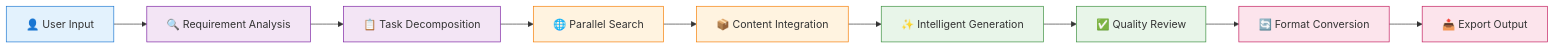
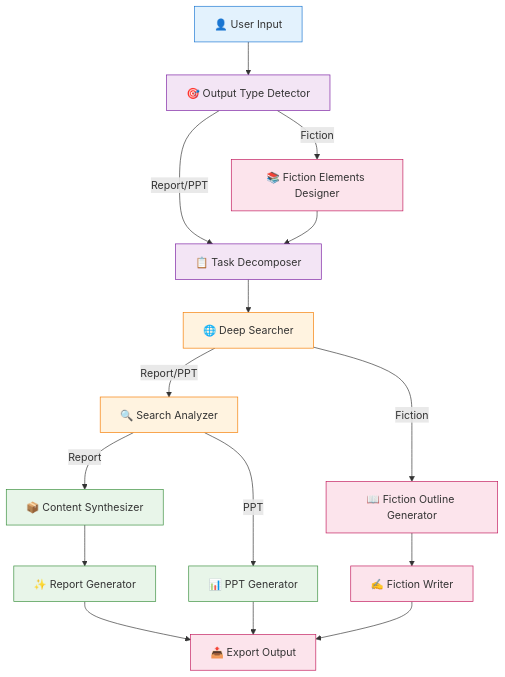
The first of 2 diagrams in README.md (Abby263/docugen), drawn with Mermaid before and after one commit. The commit also changed other lines of this file, not shown here.

First line of the commit message:
Add screenshots and enhance workflow diagrams in README.md

````diff
--- a/README.md
+++ b/README.md
@@ -154,21 +166,35 @@
 ```mermaid
-graph LR
-    A[👤 User Input] --> B[🔍 Requirement Analysis]
-    B --> C[📋 Task Decomposition]
-    C --> D[🌐 Parallel Search]
-    D --> E[📦 Content Integration]
-    E --> F[✨ Intelligent Generation]
-    F --> G[✅ Quality Review]
-    G --> H[🔄 Format Conversion]
-    H --> I[📤 Export Output]
+graph TD
+    A[👤 User Input] --> B[🎯 Output Type Detector]
+    B -->|Report/PPT| C[📋 Task Decomposer]
+    B -->|Fiction| F1[📚 Fiction Elements Designer]
+    
+    C --> D[🌐 Deep Searcher]
+    F1 --> C
+    
+    D -->|Report/PPT| E[🔍 Search Analyzer]
+    D -->|Fiction| F2[📖 Fiction Outline Generator]
+    
+    E -->|Report| G[📦 Content Synthesizer]
+    E -->|PPT| H[📊 PPT Generator]
+    
+    G --> I[✨ Report Generator]
+    F2 --> J[✍️ Fiction Writer]
+    
+    I --> K[📤 Export Output]
+    H --> K
+    J --> K
 
     style A fill:#e3f2fd,stroke:#1976d2
     style B fill:#f3e5f5,stroke:#7b1fa2
     style C fill:#f3e5f5,stroke:#7b1fa2
     style D fill:#fff3e0,stroke:#f57c00
     style E fill:#fff3e0,stroke:#f57c00
-    style F fill:#e8f5e9,stroke:#388e3c
     style G fill:#e8f5e9,stroke:#388e3c
-    style H fill:#fce4ec,stroke:#c2185b
-    style I fill:#fce4ec,stroke:#c2185b
+    style I fill:#e8f5e9,stroke:#388e3c
+    style H fill:#e8f5e9,stroke:#388e3c
+    style F1 fill:#fce4ec,stroke:#c2185b
+    style F2 fill:#fce4ec,stroke:#c2185b
+    style J fill:#fce4ec,stroke:#c2185b
+    style K fill:#fce4ec,stroke:#c2185b
 ```
````
